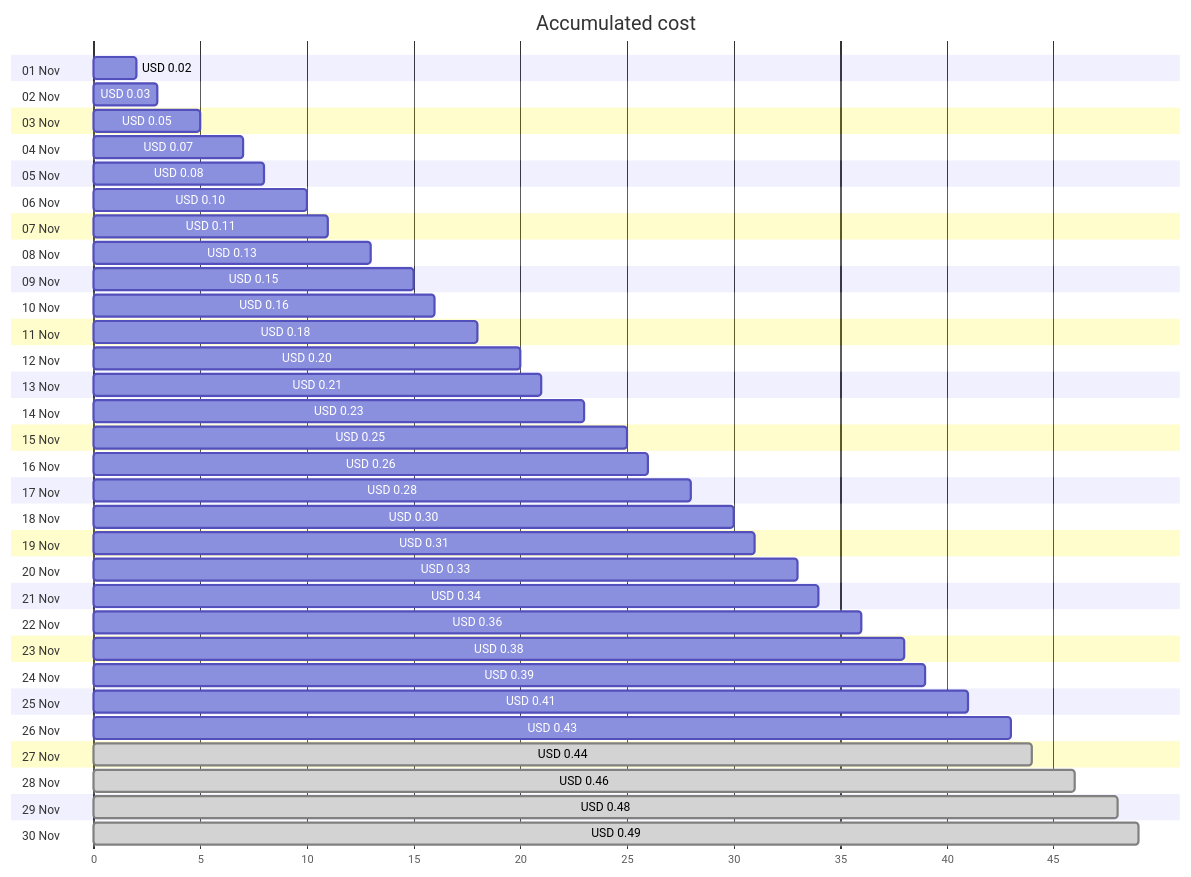
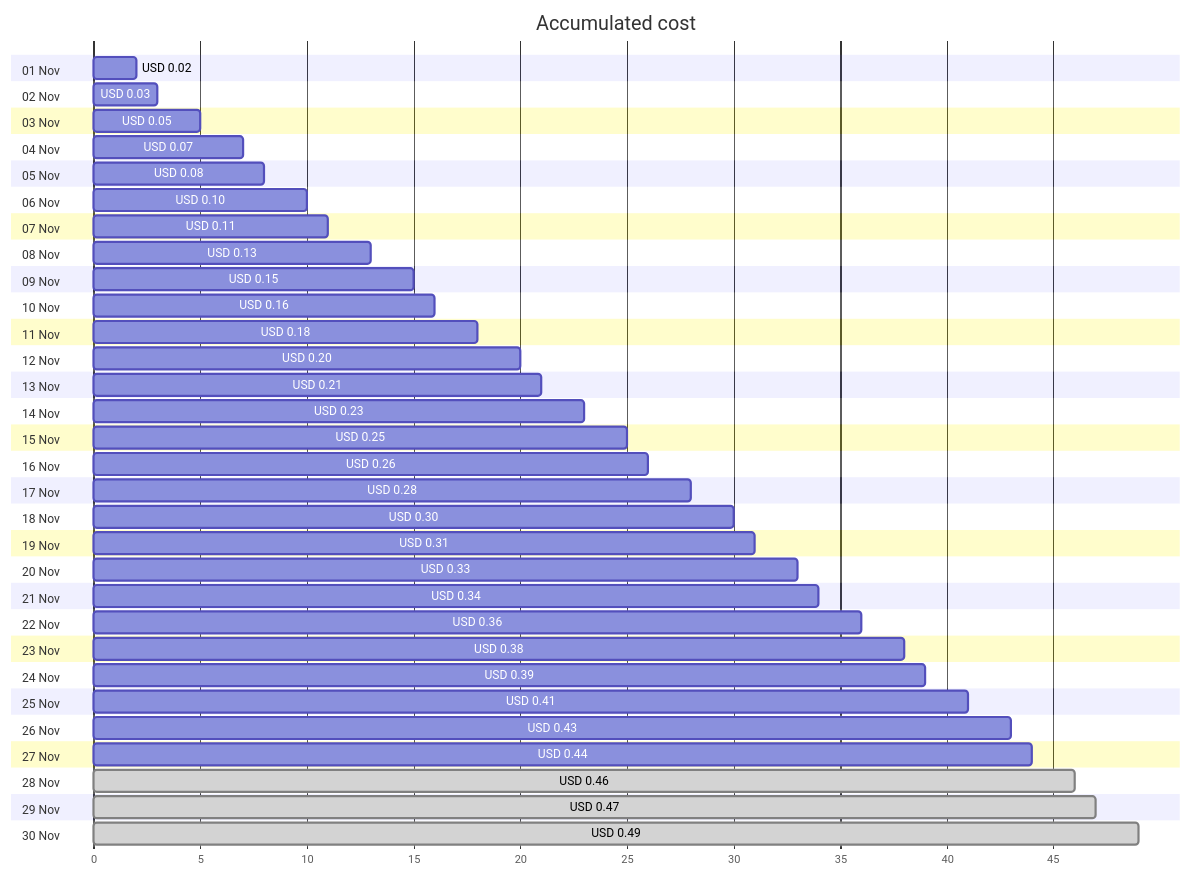
The first of 4 diagrams in cost-reports/personal-dns/jpatrickfulton.dev.md (jpfulton/azure-personal-reports), drawn with Mermaid before and after one commit. The commit also changed other lines of this file and 2 other files, not shown here.

````diff
--- a/cost-reports/personal-dns/jpatrickfulton.dev.md
+++ b/cost-reports/personal-dns/jpatrickfulton.dev.md
@@ -20,66 +20,66 @@
 ```mermaid
 gantt
    title Accumulated cost
    dateFormat  X
    axisFormat %s
    section 01 Nov
    USD 0.02 :0, 2
    section 02 Nov
    USD 0.03 :0, 3
    section 03 Nov
    USD 0.05 :0, 5
    section 04 Nov
    USD 0.07 :0, 7
    section 05 Nov
    USD 0.08 :0, 8
    section 06 Nov
    USD 0.10 :0, 10
    section 07 Nov
    USD 0.11 :0, 11
    section 08 Nov
    USD 0.13 :0, 13
    section 09 Nov
    USD 0.15 :0, 15
    section 10 Nov
    USD 0.16 :0, 16
    section 11 Nov
    USD 0.18 :0, 18
    section 12 Nov
    USD 0.20 :0, 20
    section 13 Nov
    USD 0.21 :0, 21
    section 14 Nov
    USD 0.23 :0, 23
    section 15 Nov
    USD 0.25 :0, 25
    section 16 Nov
    USD 0.26 :0, 26
    section 17 Nov
    USD 0.28 :0, 28
    section 18 Nov
    USD 0.30 :0, 30
    section 19 Nov
    USD 0.31 :0, 31
    section 20 Nov
    USD 0.33 :0, 33
    section 21 Nov
    USD 0.34 :0, 34
    section 22 Nov
    USD 0.36 :0, 36
    section 23 Nov
    USD 0.38 :0, 38
    section 24 Nov
    USD 0.39 :0, 39
    section 25 Nov
    USD 0.41 :0, 41
    section 26 Nov
    USD 0.43 :0, 43
    section 27 Nov
-   USD 0.44 : done, 0, 44
+   USD 0.44 :0, 44
    section 28 Nov
    USD 0.46 : done, 0, 46
    section 29 Nov
-   USD 0.48 : done, 0, 48
+   USD 0.47 : done, 0, 47
    section 30 Nov
    USD 0.49 : done, 0, 49
 ```
````
